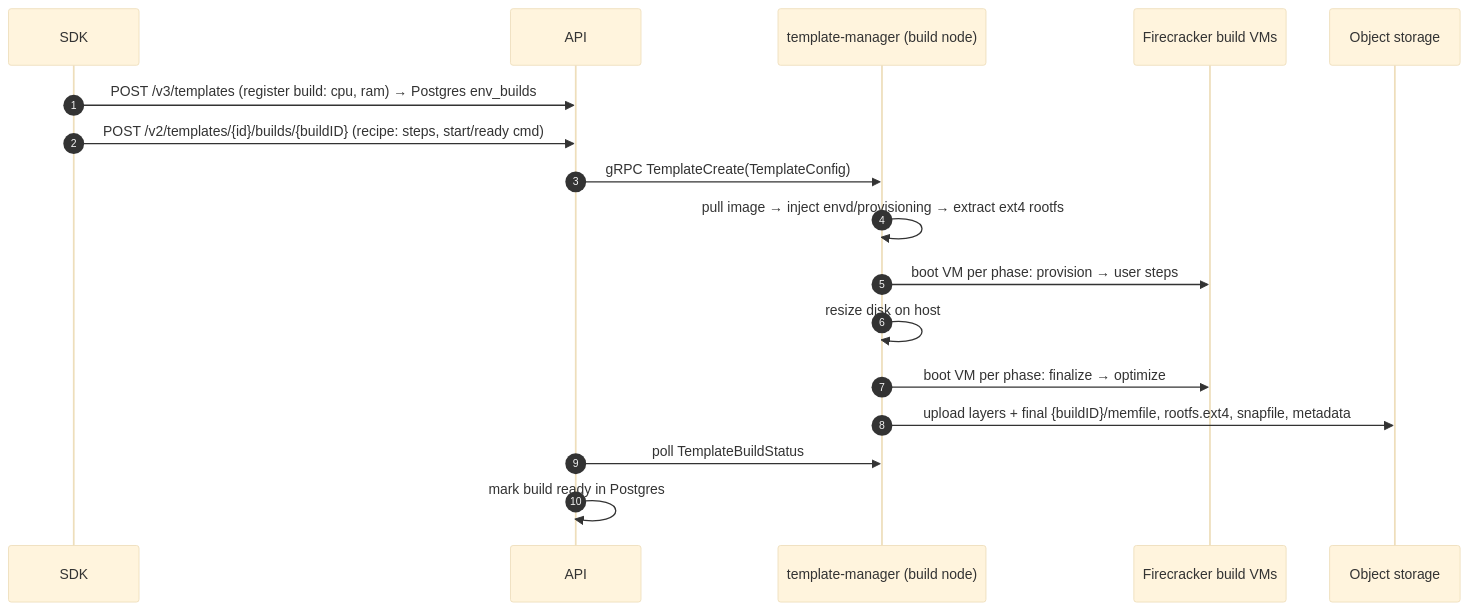
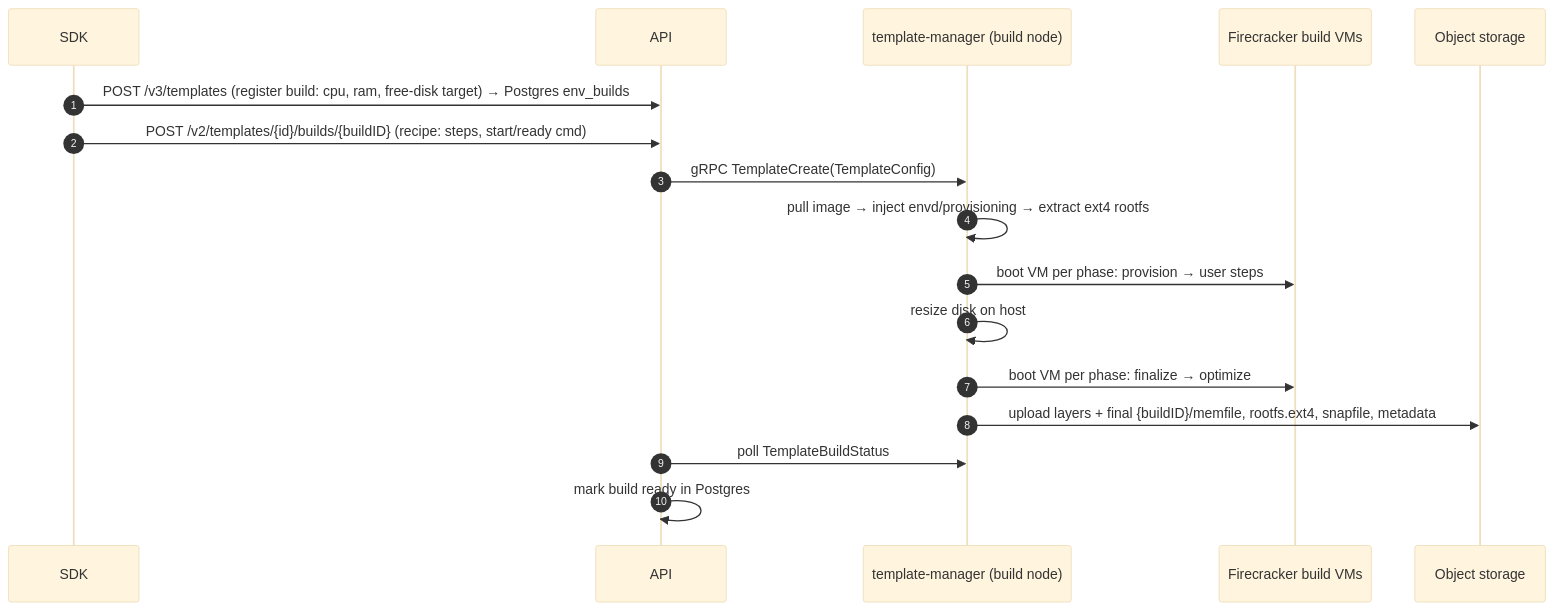
One commit to e2b-dev/infra changed the fifth of 6 diagrams in docs/ARCHITECTURE.md. Above: the diagram before and after it, drawn with Mermaid (base theme). The commit also changed 15 other files, not shown here.

Commit message:
feat(templates): configure free disk targets

````diff
--- a/docs/ARCHITECTURE.md
+++ b/docs/ARCHITECTURE.md
@@ -474,20 +474,20 @@
 ```mermaid
 sequenceDiagram
     autonumber
     participant C as SDK
     participant API as API
     participant TM as template-manager (build node)
     participant FC as Firecracker build VMs
     participant OS as Object storage
 
-    C->>API: POST /v3/templates (register build: cpu, ram) → Postgres env_builds
+    C->>API: POST /v3/templates (register build: cpu, ram, free-disk target) → Postgres env_builds
     C->>API: POST /v2/templates/{id}/builds/{buildID} (recipe: steps, start/ready cmd)
     API->>TM: gRPC TemplateCreate(TemplateConfig)
     TM->>TM: pull image → inject envd/provisioning → extract ext4 rootfs
     TM->>FC: boot VM per phase: provision → user steps
     TM->>TM: resize disk on host
     TM->>FC: boot VM per phase: finalize → optimize
     TM->>OS: upload layers + final {buildID}/memfile, rootfs.ext4, snapfile, metadata
     API->>TM: poll TemplateBuildStatus
     API->>API: mark build ready in Postgres
 ```
````
